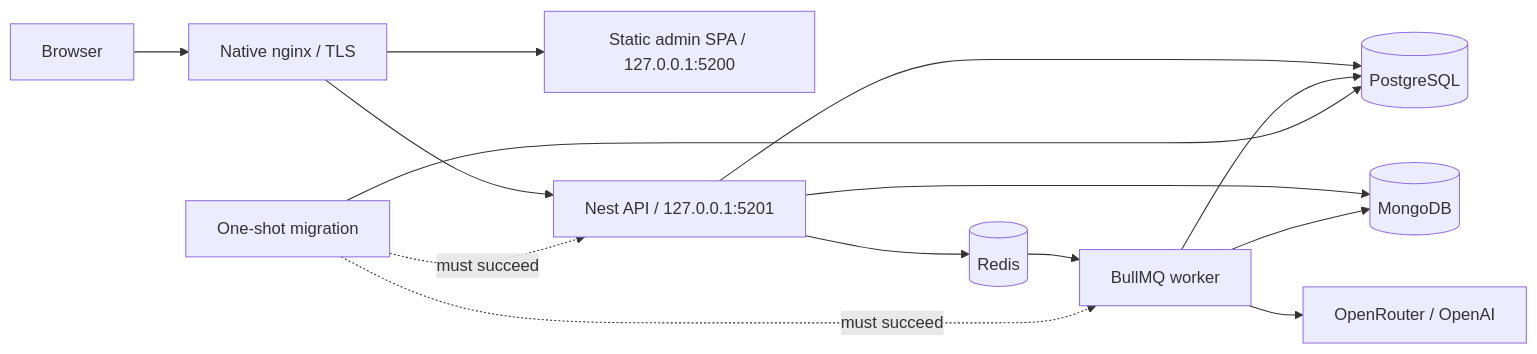
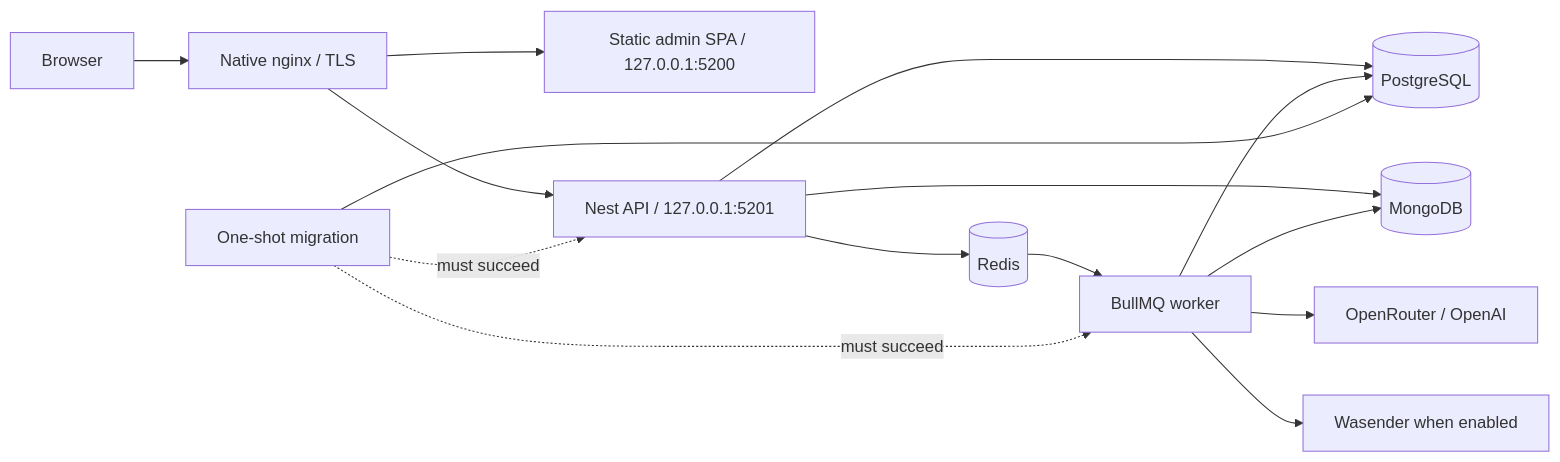
The diagram in docs/deployment.md (johnakisk0700/slopform), drawn with Mermaid before and after one commit. The commit also changed other lines of this file and 226 other files, not shown here.

````diff
--- a/docs/deployment.md
+++ b/docs/deployment.md
@@ -20,16 +20,17 @@
 ```mermaid
 flowchart LR
   Browser --> Nginx["Native nginx / TLS"]
   Nginx --> Web["Static admin SPA / 127.0.0.1:5200"]
   Nginx --> API["Nest API / 127.0.0.1:5201"]
   API --> DB[(PostgreSQL)]
   API --> Mongo[(MongoDB)]
   API --> Redis[(Redis)]
   Redis --> Worker["BullMQ worker"]
   Worker --> DB
   Worker --> Mongo
   Worker --> AI["OpenRouter / OpenAI"]
+  Worker --> WhatsApp["Wasender when enabled"]
   Migrate["One-shot migration"] --> DB
   Migrate -. "must succeed" .-> API
   Migrate -. "must succeed" .-> Worker
 ```
````
